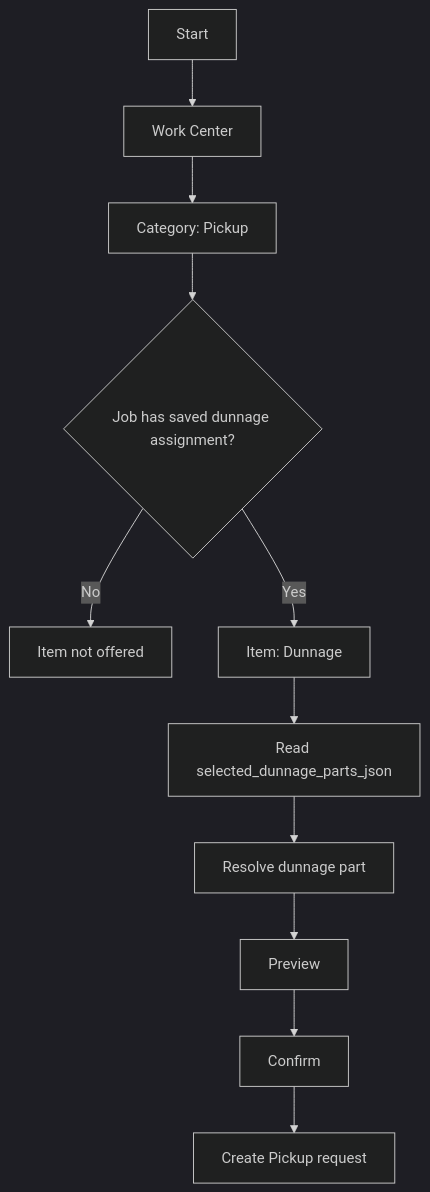
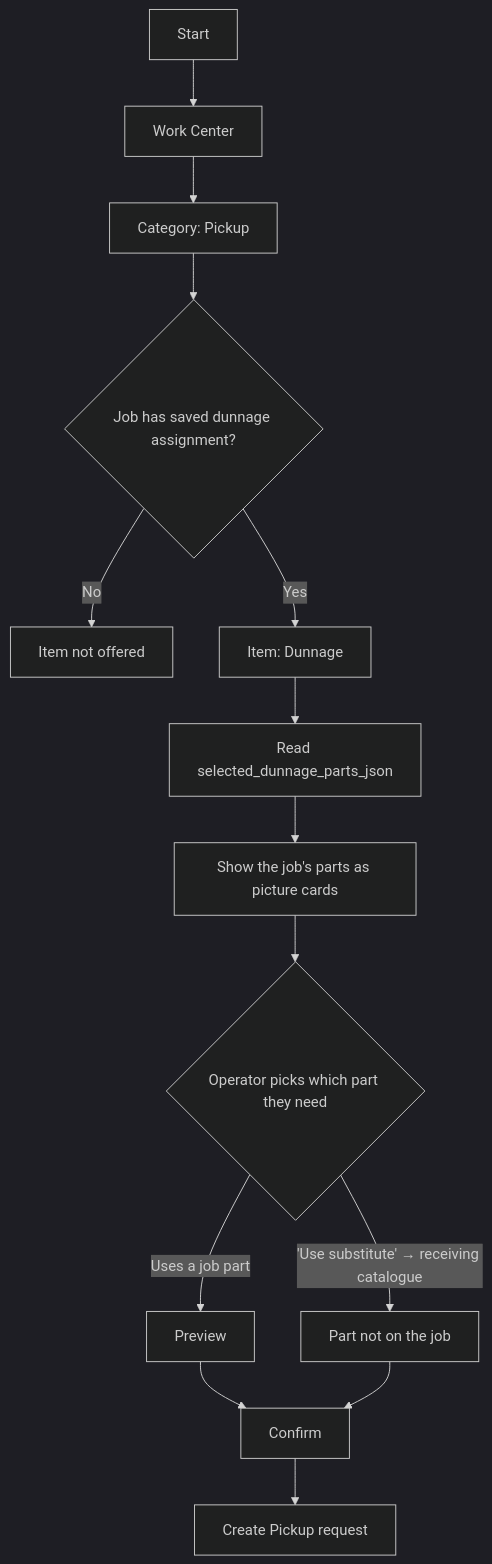
The fifth of 22 diagrams in WeekendProject/Documents/unified-item-picker-workflows.md (JDKoll1982/MTM_Waitlist), drawn with Mermaid (dark theme) before and after one commit. The commit also changed other lines of this file and 70 other files, not shown here.

````diff
--- a/WeekendProject/Documents/unified-item-picker-workflows.md
+++ b/WeekendProject/Documents/unified-item-picker-workflows.md
@@ -101,13 +101,18 @@
 ```mermaid
 flowchart TD
     A["Start"] --> B["Work Center"]
     B --> C["Category: Pickup"]
     C --> E{"Job has saved dunnage assignment?"}
     E -- "No" --> X["Item not offered"]
     E -- "Yes" --> D["Item: Dunnage"]
     D --> F["Read selected_dunnage_parts_json"]
-    F --> G["Resolve dunnage part"]
-    G --> H["Preview"]
-    H --> I["Confirm"]
-    I --> J["Create Pickup request"]
+    F --> G["Show the job's parts as picture cards"]
+    G --> H{"Operator picks which part they need"}
+    H -- "Uses a job part" --> I["Preview"]
+    H -- "'Use substitute' → receiving catalogue" --> J["Part not on the job"]
+
+    I --> K["Confirm"]
+    J --> K
+    K --> L["Create Pickup request"]
+
 ```
````
